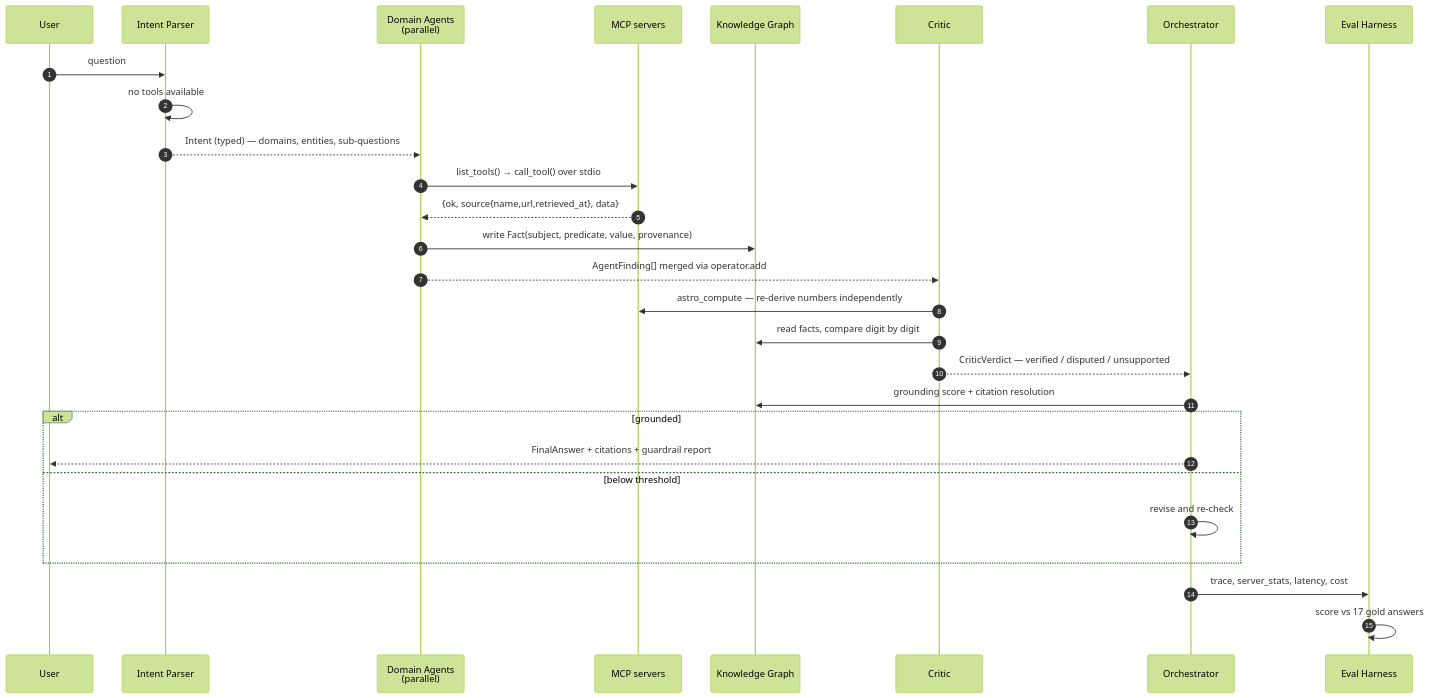
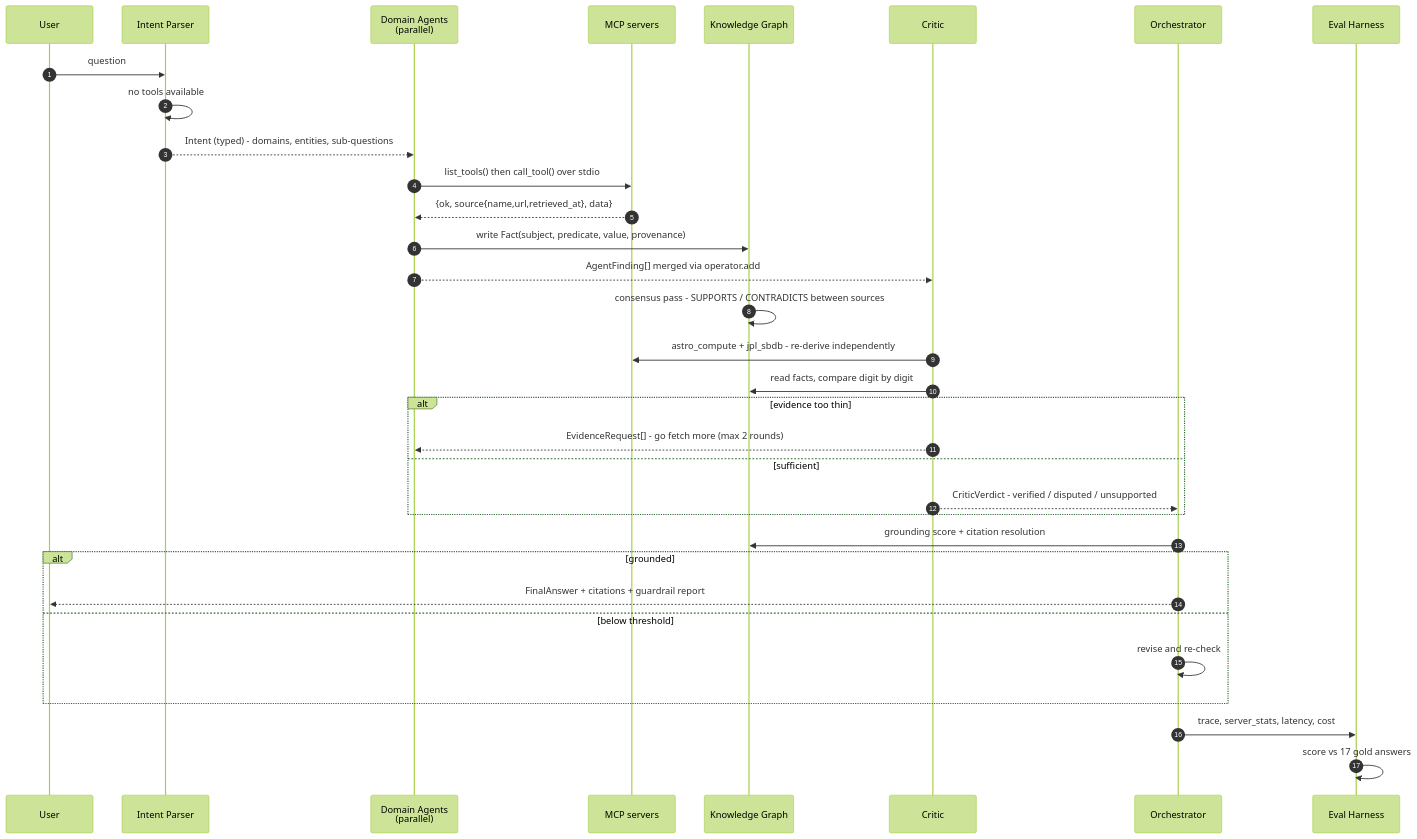
One commit to haarikaalla/Astral-Graph changed the fourth of 4 diagrams in README.md. Above: the diagram before and after it, drawn with Mermaid (forest theme). The commit also changed other lines of this file and 19 other files, not shown here.

First line of the commit message:
Add cross-source consensus, an evidence loop, and three live-API MCP servers

````diff
--- a/README.md
+++ b/README.md
@@ -361,31 +425,36 @@
 ```mermaid
 sequenceDiagram
     autonumber
     participant U as User
     participant IP as Intent Parser
     participant DA as Domain Agents<br/>(parallel)
     participant M as MCP servers
     participant KG as Knowledge Graph
     participant C as Critic
     participant O as Orchestrator
     participant H as Eval Harness
 
     U->>IP: question
     IP->>IP: no tools available
-    IP-->>DA: Intent (typed) — domains, entities, sub-questions
-    DA->>M: list_tools() → call_tool() over stdio
+    IP-->>DA: Intent (typed) - domains, entities, sub-questions
+    DA->>M: list_tools() then call_tool() over stdio
     M-->>DA: {ok, source{name,url,retrieved_at}, data}
     DA->>KG: write Fact(subject, predicate, value, provenance)
     DA-->>C: AgentFinding[] merged via operator.add
-    C->>M: astro_compute — re-derive numbers independently
+    KG->>KG: consensus pass - SUPPORTS / CONTRADICTS between sources
+    C->>M: astro_compute + jpl_sbdb - re-derive independently
     C->>KG: read facts, compare digit by digit
-    C-->>O: CriticVerdict — verified / disputed / unsupported
+    alt evidence too thin
+        C-->>DA: EvidenceRequest[] - go fetch more (max 2 rounds)
+    else sufficient
+        C-->>O: CriticVerdict - verified / disputed / unsupported
+    end
     O->>KG: grounding score + citation resolution
     alt grounded
         O-->>U: FinalAnswer + citations + guardrail report
     else below threshold
         O->>O: revise and re-check
     end
     O->>H: trace, server_stats, latency, cost
     H->>H: score vs 17 gold answers
 ```
````
